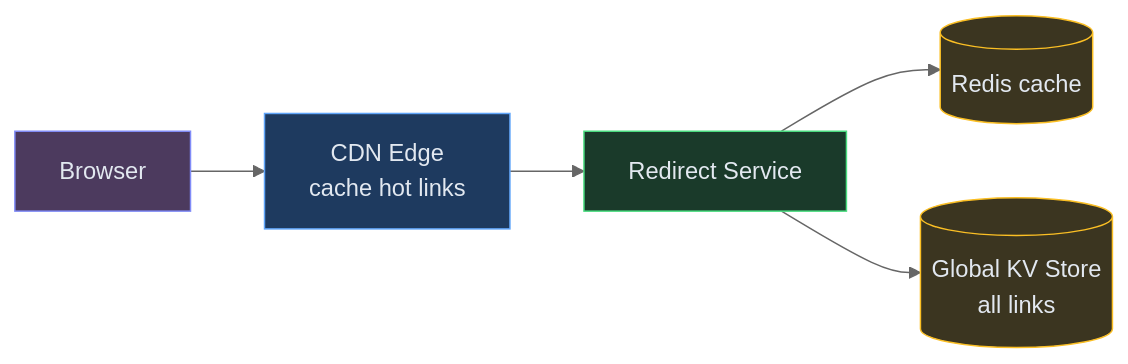
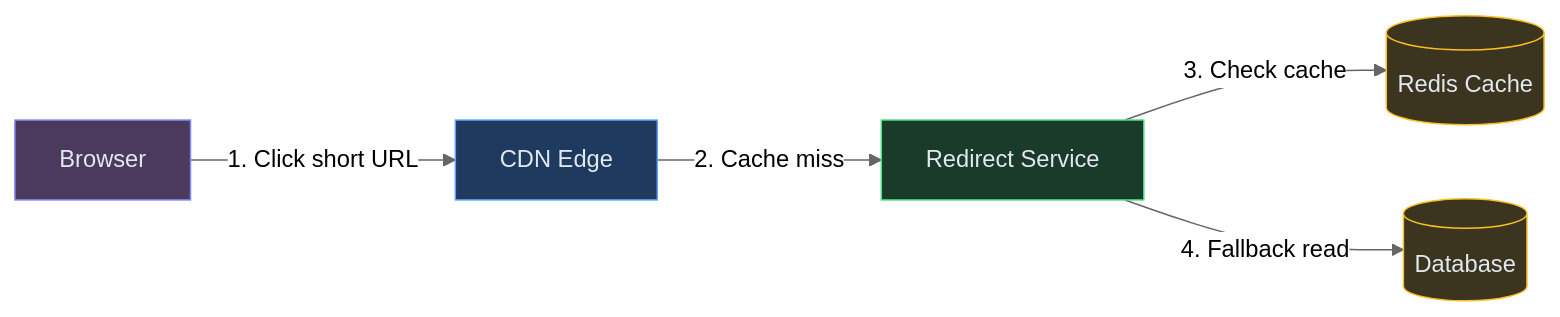
The first of 11 diagrams in content/hld/URLShortner.md (iluzn/HLD-Designs), drawn with Mermaid (neutral theme) before and after one commit. The commit also changed other lines of this file, not shown here.

First line of the commit message:
fix(hld): Update all URL Shortener flowchart diagrams with numbered arrows

````diff
--- a/content/hld/URLShortner.md
+++ b/content/hld/URLShortner.md
@@ -19,18 +19,18 @@
 ```mermaid
 flowchart LR
     USER["Browser"]:::client
-    CDN["CDN Edge<br/>cache hot links"]:::edge
+    CDN["CDN Edge"]:::edge
     RS["Redirect Service"]:::service
-    REDIS[("Redis cache")]:::data
-    DB[("Global KV Store<br/>all links")]:::data
+    REDIS[("Redis Cache")]:::data
+    DB[("Database")]:::data
 
-    USER --> CDN
-    CDN --> RS
-    RS --> REDIS
-    RS --> DB
+    USER -->|"1. Click short URL"| CDN
+    CDN -->|"2. Cache miss"| RS
+    RS -->|"3. Check cache"| REDIS
+    RS -->|"4. Fallback read"| DB
 
     classDef client fill:#4c3a5e,stroke:#818cf8,color:#e2e8f0
     classDef edge fill:#1e3a5f,stroke:#60a5fa,color:#e2e8f0
     classDef service fill:#1a3a2a,stroke:#4ade80,color:#e2e8f0
     classDef data fill:#3b3520,stroke:#fbbf24,color:#e2e8f0
 ```
````
